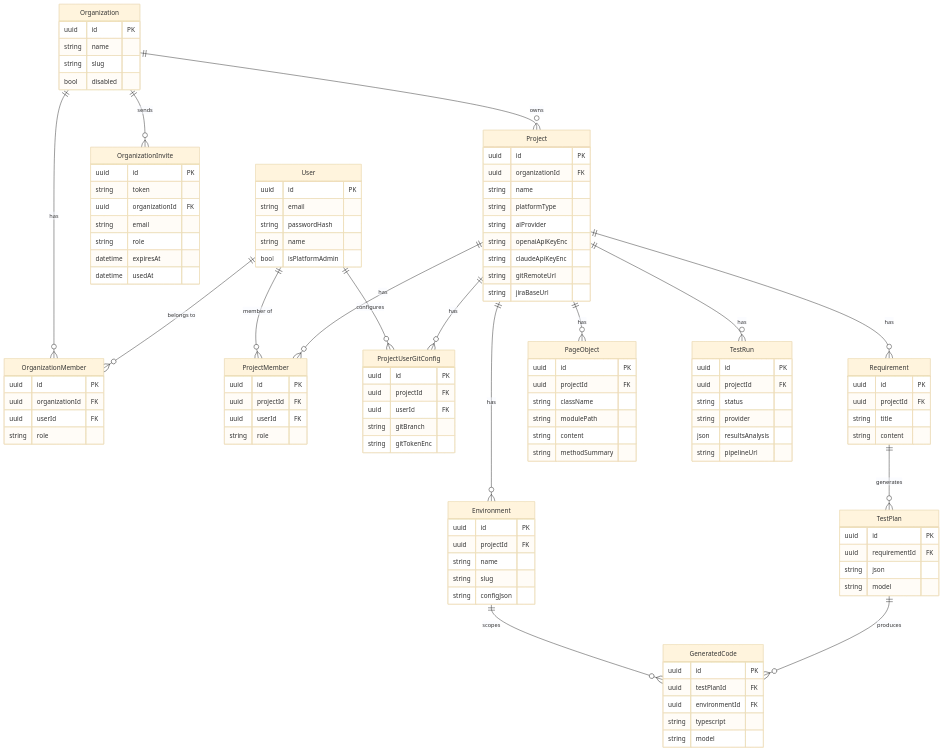
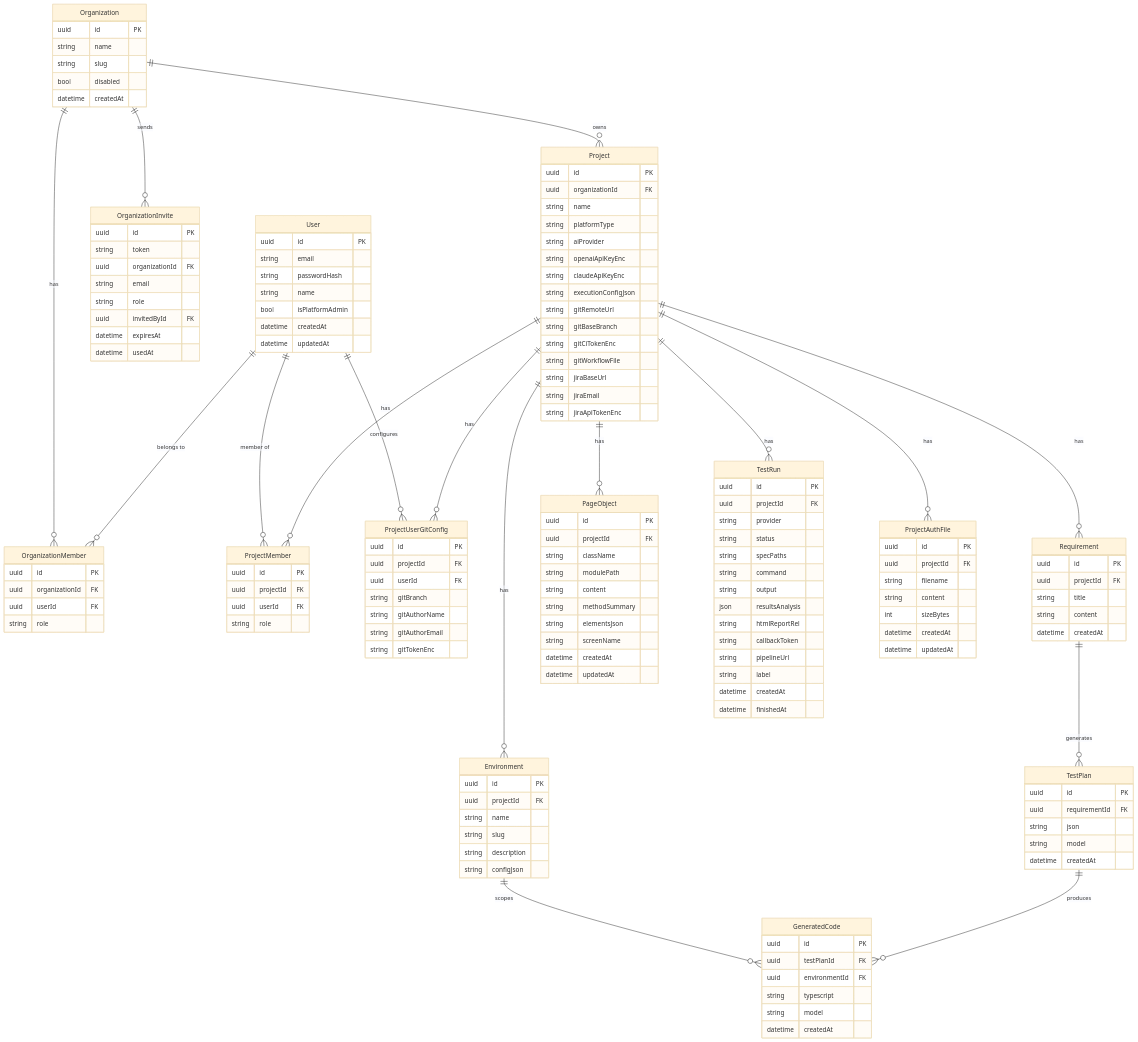
Before and after one commit to jagadeeshqtsolv/automation-ai-platform: the second of 9 diagrams in docs/ARCHITECTURE.md, drawn with Mermaid (base theme). The commit also changed other lines of this file, not shown here.

```diff
--- a/docs/ARCHITECTURE.md
+++ b/docs/ARCHITECTURE.md
@@ -96,12 +106,15 @@
         string passwordHash
         string name
         bool isPlatformAdmin
+        datetime createdAt
+        datetime updatedAt
     }
     Organization {
         uuid id PK
         string name
         string slug
         bool disabled
+        datetime createdAt
     }
     OrganizationMember {
         uuid id PK
@@ -115,6 +128,7 @@
         uuid organizationId FK
         string email
         string role
+        uuid invitedById FK
         datetime expiresAt
         datetime usedAt
     }
@@ -126,8 +140,14 @@
         string aiProvider
         string openaiApiKeyEnc
         string claudeApiKeyEnc
+        string executionConfigJson
         string gitRemoteUrl
+        string gitBaseBranch
+        string gitCiTokenEnc
+        string gitWorkflowFile
         string jiraBaseUrl
+        string jiraEmail
+        string jiraApiTokenEnc
     }
     ProjectMember {
         uuid id PK
@@ -140,6 +160,8 @@
         uuid projectId FK
         uuid userId FK
         string gitBranch
+        string gitAuthorName
+        string gitAuthorEmail
         string gitTokenEnc
     }
     Environment {
@@ -147,6 +169,7 @@
         uuid projectId FK
         string name
         string slug
+        string description
         string configJson
     }
     Requirement {
@@ -154,12 +177,14 @@
         uuid projectId FK
         string title
         string content
+        datetime createdAt
     }
     TestPlan {
         uuid id PK
         uuid requirementId FK
         string json
         string model
+        datetime createdAt
     }
     GeneratedCode {
         uuid id PK
@@ -167,6 +192,7 @@
         uuid environmentId FK
         string typescript
         string model
+        datetime createdAt
     }
     PageObject {
         uuid id PK
@@ -175,14 +201,35 @@
         string modulePath
         string content
         string methodSummary
+        string elementsJson
+        string screenName
+        datetime createdAt
+        datetime updatedAt
     }
     TestRun {
         uuid id PK
         uuid projectId FK
+        string provider
         string status
-        string provider
+        string specPaths
+        string command
+        string output
         json resultsAnalysis
+        string htmlReportRel
+        string callbackToken
         string pipelineUrl
+        string label
+        datetime createdAt
+        datetime finishedAt
+    }
+    ProjectAuthFile {
+        uuid id PK
+        uuid projectId FK
+        string filename
+        string content
+        int sizeBytes
+        datetime createdAt
+        datetime updatedAt
     }
 
     User ||--o{ OrganizationMember : "belongs to"
@@ -197,6 +244,7 @@
     Project ||--o{ Requirement : "has"
     Project ||--o{ PageObject : "has"
     Project ||--o{ TestRun : "has"
+    Project ||--o{ ProjectAuthFile : "has"
     Requirement ||--o{ TestPlan : "generates"
     TestPlan ||--o{ GeneratedCode : "produces"
     Environment ||--o{ GeneratedCode : "scopes"
```
